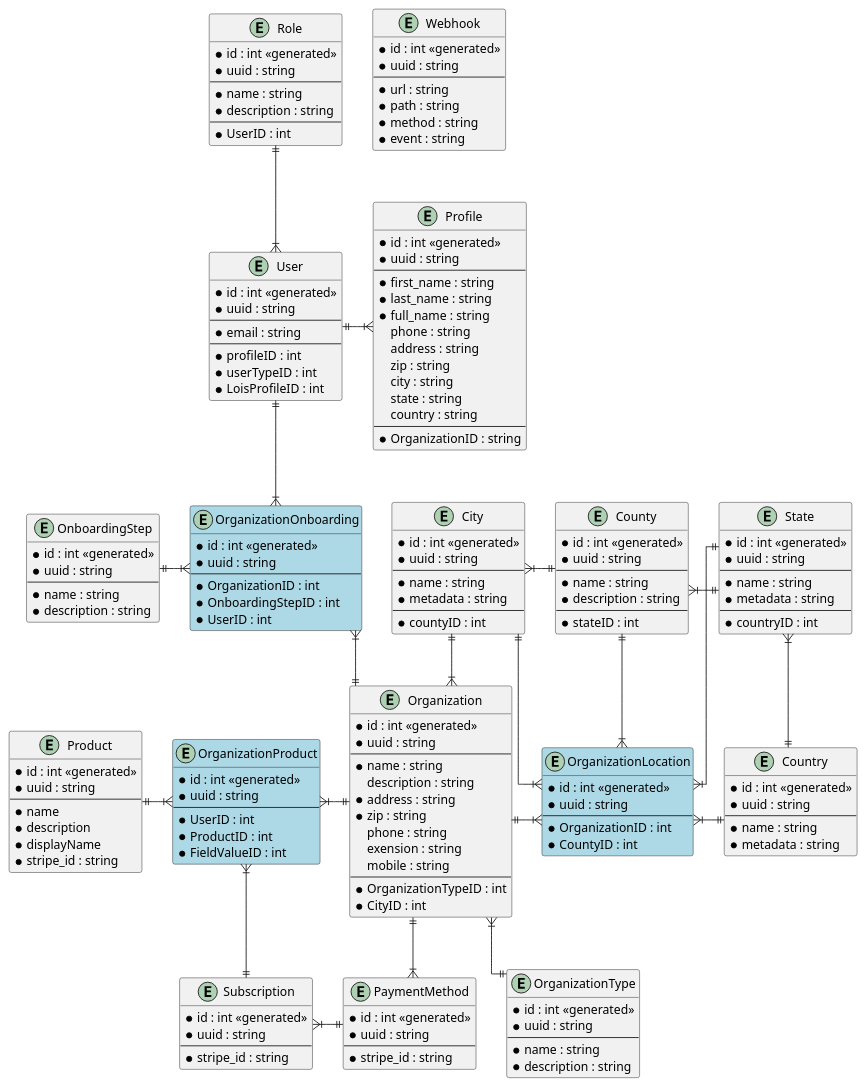
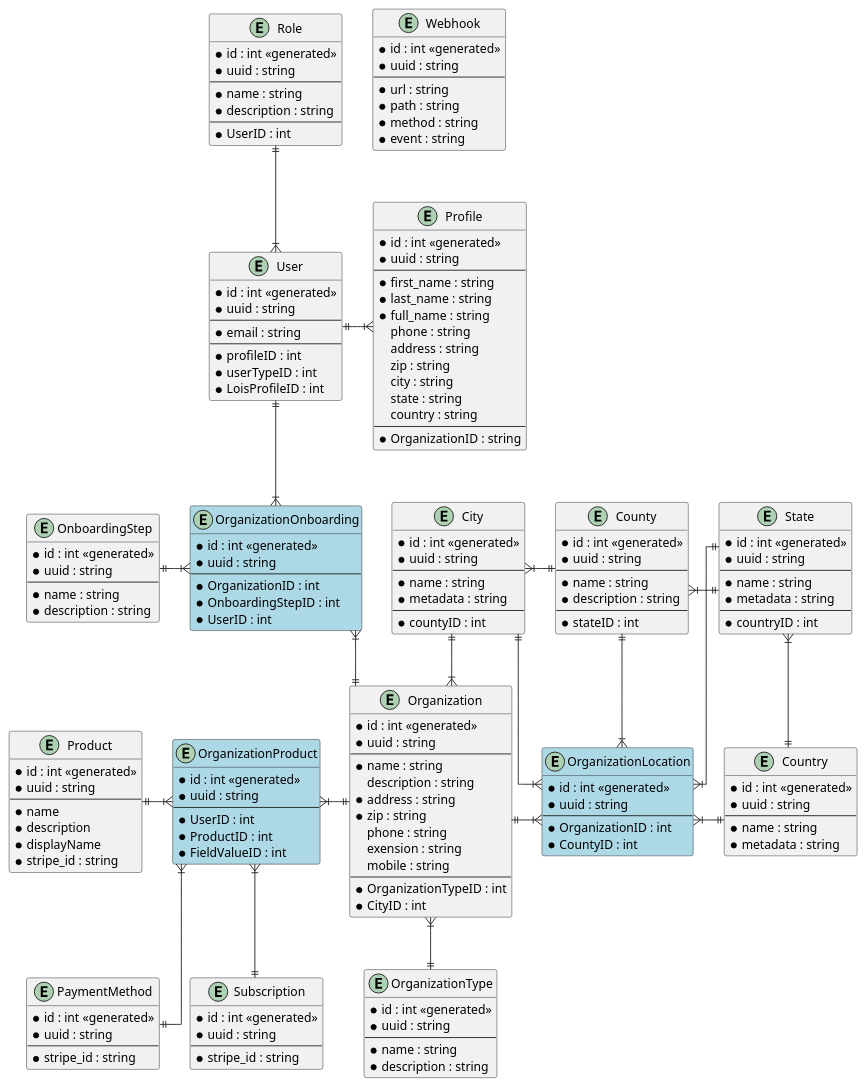
The diagram in docs/architecture/erd.mdx (acorrea-designli/strata-backend-docs), drawn with PlantUML before and after one commit. The commit also changed 7 other files, not shown here.

```diff
--- a/docs/architecture/erd.mdx
+++ b/docs/architecture/erd.mdx
@@ -179,14 +179,13 @@
 
 User ||-right-|{ Profile
 
-Organization ||-down-|{ PaymentMethod
+OrganizationProduct }|-down-|| PaymentMethod
 
 Organization ||-up-|{ OrganizationOnboarding
 OnboardingStep ||-right-|{ OrganizationOnboarding
 User ||-down-|{ OrganizationOnboarding
 
 OrganizationType ||-up-|{ Organization
-OrganizationType -l[hidden]- PaymentMethod
 
 Organization ||-right-|{ OrganizationLocation
 City ||--|{ Organization
@@ -201,7 +200,6 @@
 County ||-left-|{ City
 
 
-Subscription }|-right-|| PaymentMethod
 
 Organization ||-left-|{ OrganizationProduct
 Product ||-right-|{ OrganizationProduct
```
